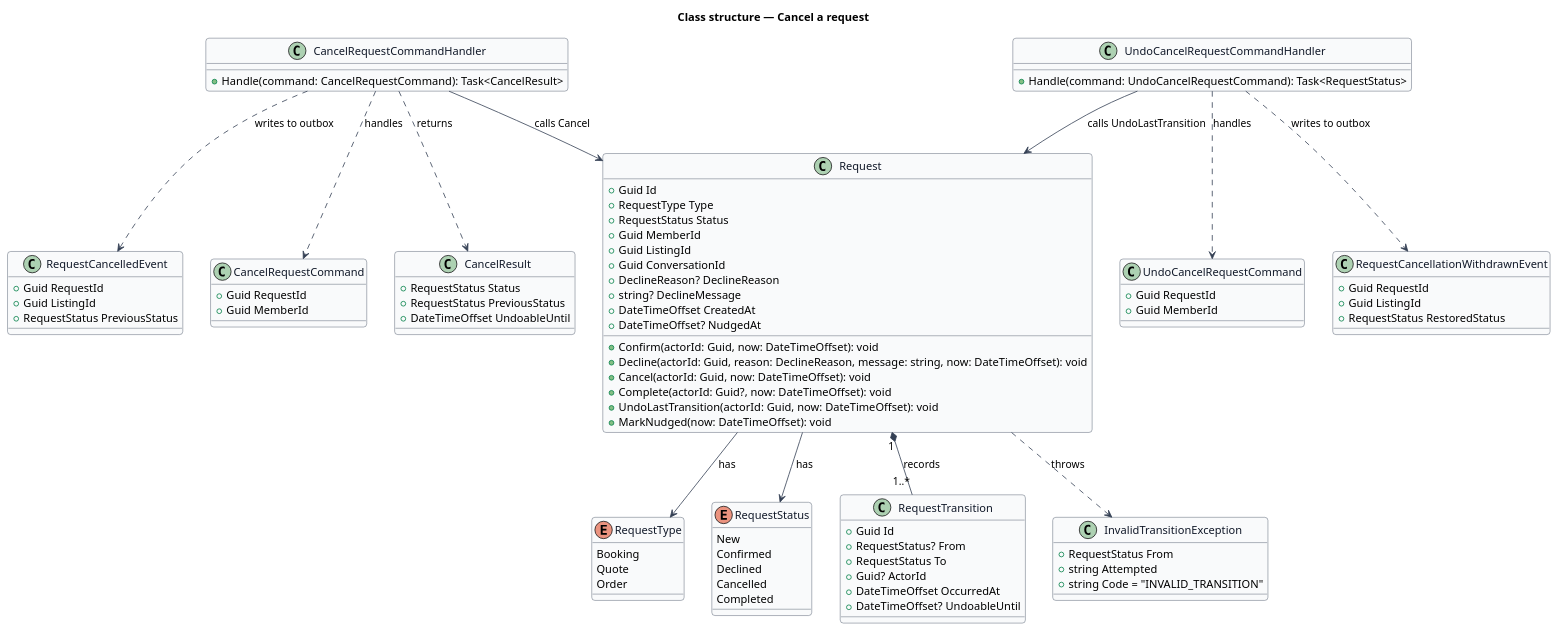
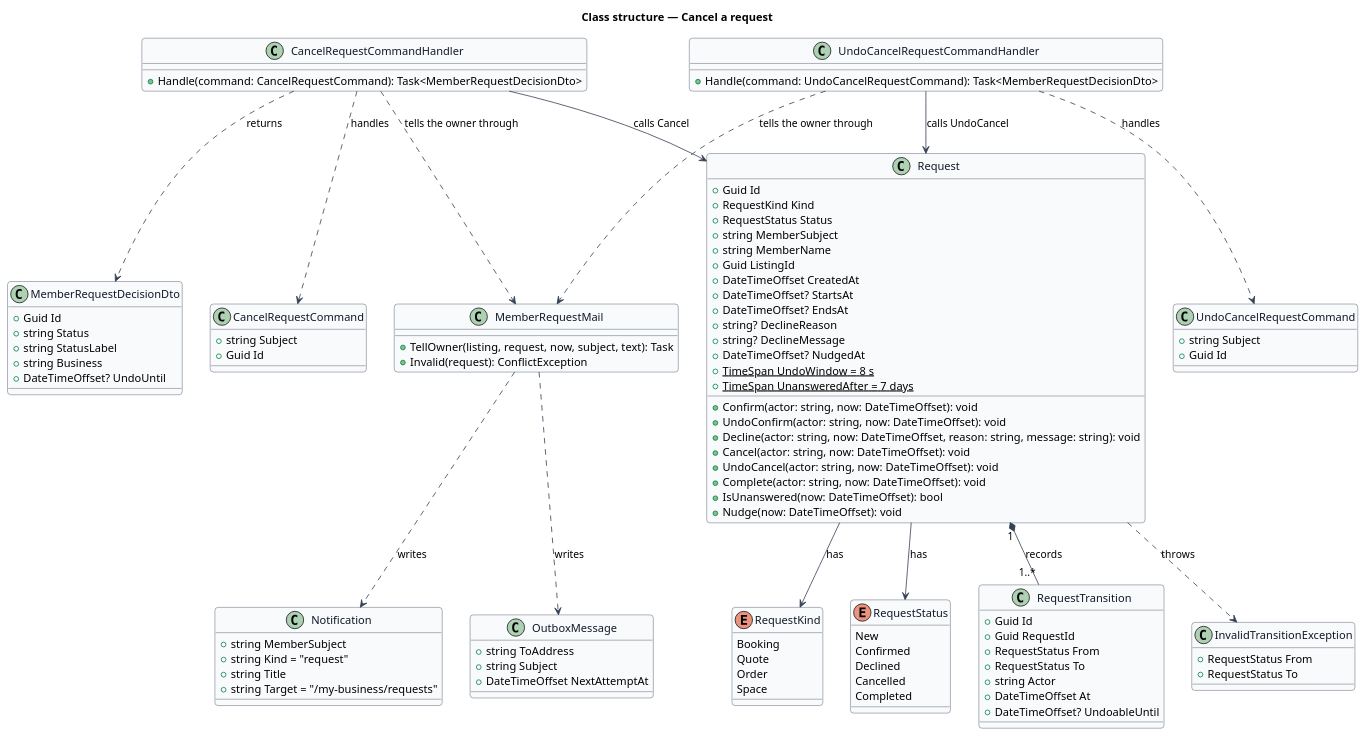
One commit to QuinntyneBrown/jubilee changed the diagram in docs/detailed-designs/requests/cancel-request/diagrams/class-structure.puml. Above: the diagram before and after it, drawn with PlantUML. The commit also changed 28 other files, not shown here.

Commit message:
Journey 14: specify L2-225 Mark an order fulfilled and L2-070 AC6, ADR 0060, and bring the track, cancel and incoming designs in line with the code

```diff
--- a/docs/detailed-designs/requests/cancel-request/diagrams/class-structure.puml
+++ b/docs/detailed-designs/requests/cancel-request/diagrams/class-structure.puml
@@ -1,112 +1,129 @@
 @startuml
 ' --- shared skin header ---
 skinparam backgroundColor #FFFFFF
 skinparam shadowing false
 skinparam roundcorner 8
 skinparam defaultFontName Arial
 skinparam ArrowColor #344054
 skinparam class {
   BorderColor #344054
   FontColor #101828
   BackgroundColor #F9FAFB
 }
 ' --------------------------
 title Class structure — Cancel a request
 
-enum RequestType {
+enum RequestKind {
   Booking
   Quote
   Order
+  Space
 }
 
 enum RequestStatus {
   New
   Confirmed
   Declined
   Cancelled
   Completed
 }
 
 class Request {
   +Guid Id
-  +RequestType Type
+  +RequestKind Kind
   +RequestStatus Status
-  +Guid MemberId
+  +string MemberSubject
+  +string MemberName
   +Guid ListingId
-  +Guid ConversationId
-  +DeclineReason? DeclineReason
+  +DateTimeOffset CreatedAt
+  +DateTimeOffset? StartsAt
+  +DateTimeOffset? EndsAt
+  +string? DeclineReason
   +string? DeclineMessage
-  +DateTimeOffset CreatedAt
   +DateTimeOffset? NudgedAt
-  +Confirm(actorId: Guid, now: DateTimeOffset): void
-  +Decline(actorId: Guid, reason: DeclineReason, message: string, now: DateTimeOffset): void
-  +Cancel(actorId: Guid, now: DateTimeOffset): void
-  +Complete(actorId: Guid?, now: DateTimeOffset): void
-  +UndoLastTransition(actorId: Guid, now: DateTimeOffset): void
-  +MarkNudged(now: DateTimeOffset): void
+  +{static} TimeSpan UndoWindow = 8 s
+  +{static} TimeSpan UnansweredAfter = 7 days
+  +Confirm(actor: string, now: DateTimeOffset): void
+  +UndoConfirm(actor: string, now: DateTimeOffset): void
+  +Decline(actor: string, now: DateTimeOffset, reason: string, message: string): void
+  +Cancel(actor: string, now: DateTimeOffset): void
+  +UndoCancel(actor: string, now: DateTimeOffset): void
+  +Complete(actor: string, now: DateTimeOffset): void
+  +IsUnanswered(now: DateTimeOffset): bool
+  +Nudge(now: DateTimeOffset): void
 }
 
 class RequestTransition {
   +Guid Id
-  +RequestStatus? From
+  +Guid RequestId
+  +RequestStatus From
   +RequestStatus To
-  +Guid? ActorId
-  +DateTimeOffset OccurredAt
+  +string Actor
+  +DateTimeOffset At
   +DateTimeOffset? UndoableUntil
 }
 
 Request "1" *-- "1..*" RequestTransition : records
-Request --> RequestType : has
+Request --> RequestKind : has
 Request --> RequestStatus : has
 
 class InvalidTransitionException {
   +RequestStatus From
-  +string Attempted
-  +string Code = "INVALID_TRANSITION"
+  +RequestStatus To
 }
 
 class CancelRequestCommand {
-  +Guid RequestId
-  +Guid MemberId
+  +string Subject
+  +Guid Id
 }
 
 class CancelRequestCommandHandler {
-  +Handle(command: CancelRequestCommand): Task<CancelResult>
+  +Handle(command: CancelRequestCommand): Task<MemberRequestDecisionDto>
 }
 
-class CancelResult {
-  +RequestStatus Status
-  +RequestStatus PreviousStatus
-  +DateTimeOffset UndoableUntil
+class MemberRequestDecisionDto {
+  +Guid Id
+  +string Status
+  +string StatusLabel
+  +string Business
+  +DateTimeOffset? UndoUntil
 }
 
 class UndoCancelRequestCommand {
-  +Guid RequestId
-  +Guid MemberId
+  +string Subject
+  +Guid Id
 }
 
 class UndoCancelRequestCommandHandler {
-  +Handle(command: UndoCancelRequestCommand): Task<RequestStatus>
+  +Handle(command: UndoCancelRequestCommand): Task<MemberRequestDecisionDto>
 }
 
-class RequestCancelledEvent {
-  +Guid RequestId
-  +Guid ListingId
-  +RequestStatus PreviousStatus
+class MemberRequestMail {
+  +TellOwner(listing, request, now, subject, text): Task
+  +Invalid(request): ConflictException
 }
 
-class RequestCancellationWithdrawnEvent {
-  +Guid RequestId
-  +Guid ListingId
-  +RequestStatus RestoredStatus
+class Notification {
+  +string MemberSubject
+  +string Kind = "request"
+  +string Title
+  +string Target = "/my-business/requests"
+}
+
+class OutboxMessage {
+  +string ToAddress
+  +string Subject
+  +DateTimeOffset NextAttemptAt
 }
 
 Request ..> InvalidTransitionException : throws
 CancelRequestCommandHandler ..> CancelRequestCommand : handles
 CancelRequestCommandHandler --> Request : calls Cancel
-CancelRequestCommandHandler ..> CancelResult : returns
-CancelRequestCommandHandler ..> RequestCancelledEvent : writes to outbox
+CancelRequestCommandHandler ..> MemberRequestDecisionDto : returns
+CancelRequestCommandHandler ..> MemberRequestMail : tells the owner through
 UndoCancelRequestCommandHandler ..> UndoCancelRequestCommand : handles
-UndoCancelRequestCommandHandler --> Request : calls UndoLastTransition
-UndoCancelRequestCommandHandler ..> RequestCancellationWithdrawnEvent : writes to outbox
+UndoCancelRequestCommandHandler --> Request : calls UndoCancel
+UndoCancelRequestCommandHandler ..> MemberRequestMail : tells the owner through
+MemberRequestMail ..> Notification : writes
+MemberRequestMail ..> OutboxMessage : writes
 @enduml
```
